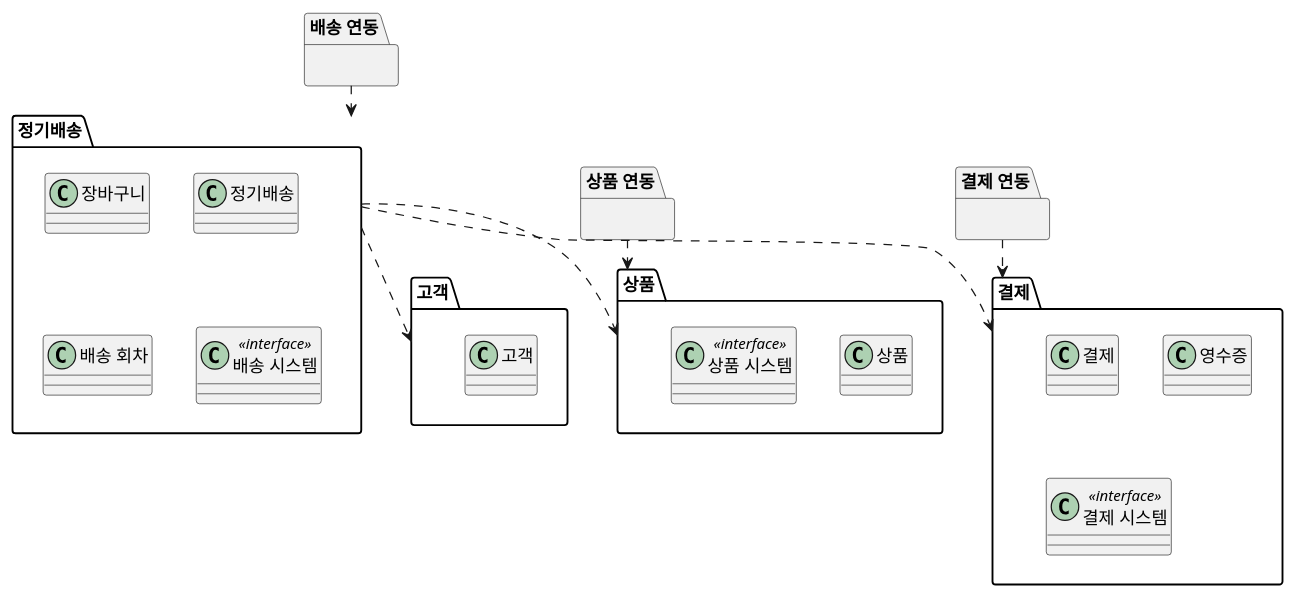
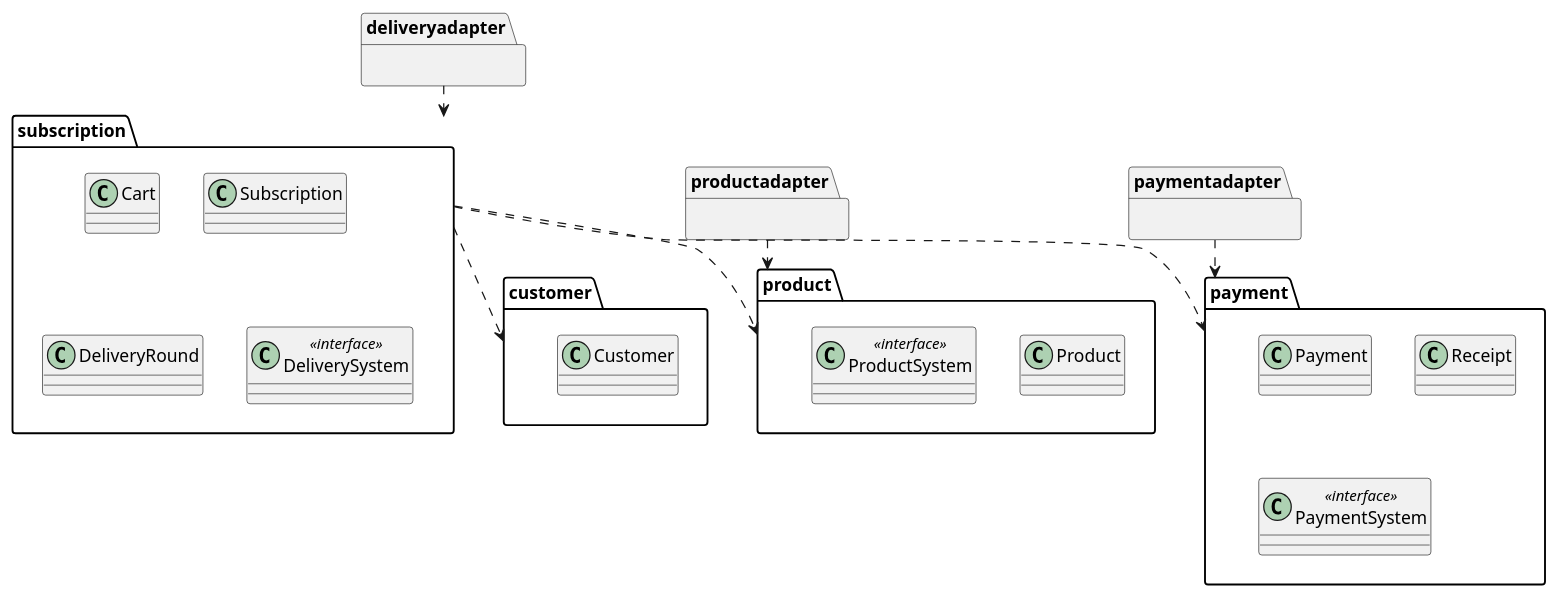
Before and after one commit to YoungSan77/TrainingMaterials: diagram 12 of 12 in courses/ooad/sessions/s05.md, drawn with PlantUML. The commit also changed other lines of this file and 69 other files, not shown here.

````diff
--- a/courses/ooad/sessions/s05.md
+++ b/courses/ooad/sessions/s05.md
@@ -1109,34 +1136,34 @@
 ```plantuml:package
 @startuml
-package "고객" as C {
-  class "고객" as Customer
+package "customer" as C {
+  class "Customer" as Customer
 }
-package "정기배송" as S {
-  class "장바구니" as Cart
-  class "정기배송" as Sub
-  class "배송 회차" as Round
-  class "배송 시스템" as DSI <<interface>>
+package "subscription" as S {
+  class "Cart" as Cart
+  class "Subscription" as Sub
+  class "DeliveryRound" as Round
+  class "DeliverySystem" as DSI <<interface>>
 }
-package "상품" as P {
-  class "상품" as Product
-  class "상품 시스템" as PSI <<interface>>
+package "product" as P {
+  class "Product" as Product
+  class "ProductSystem" as PSI <<interface>>
 }
-package "결제" as Pay {
-  class "결제" as Payment
-  class "영수증" as Receipt
-  class "결제 시스템" as PXI <<interface>>
+package "payment" as Pay {
+  class "Payment" as Payment
+  class "Receipt" as Receipt
+  class "PaymentSystem" as PXI <<interface>>
 }
-package "상품 연동" as PI {
+package "productadapter" as PI {
 }
-package "결제 연동" as PayI {
+package "paymentadapter" as PayI {
 }
-package "배송 연동" as DI {
+package "deliveryadapter" as DI {
 }
 S ..> C
 S ..> P
 S ..> Pay
 PI ..> P
 PayI ..> Pay
 DI ..> S
 @enduml
 ```
````
